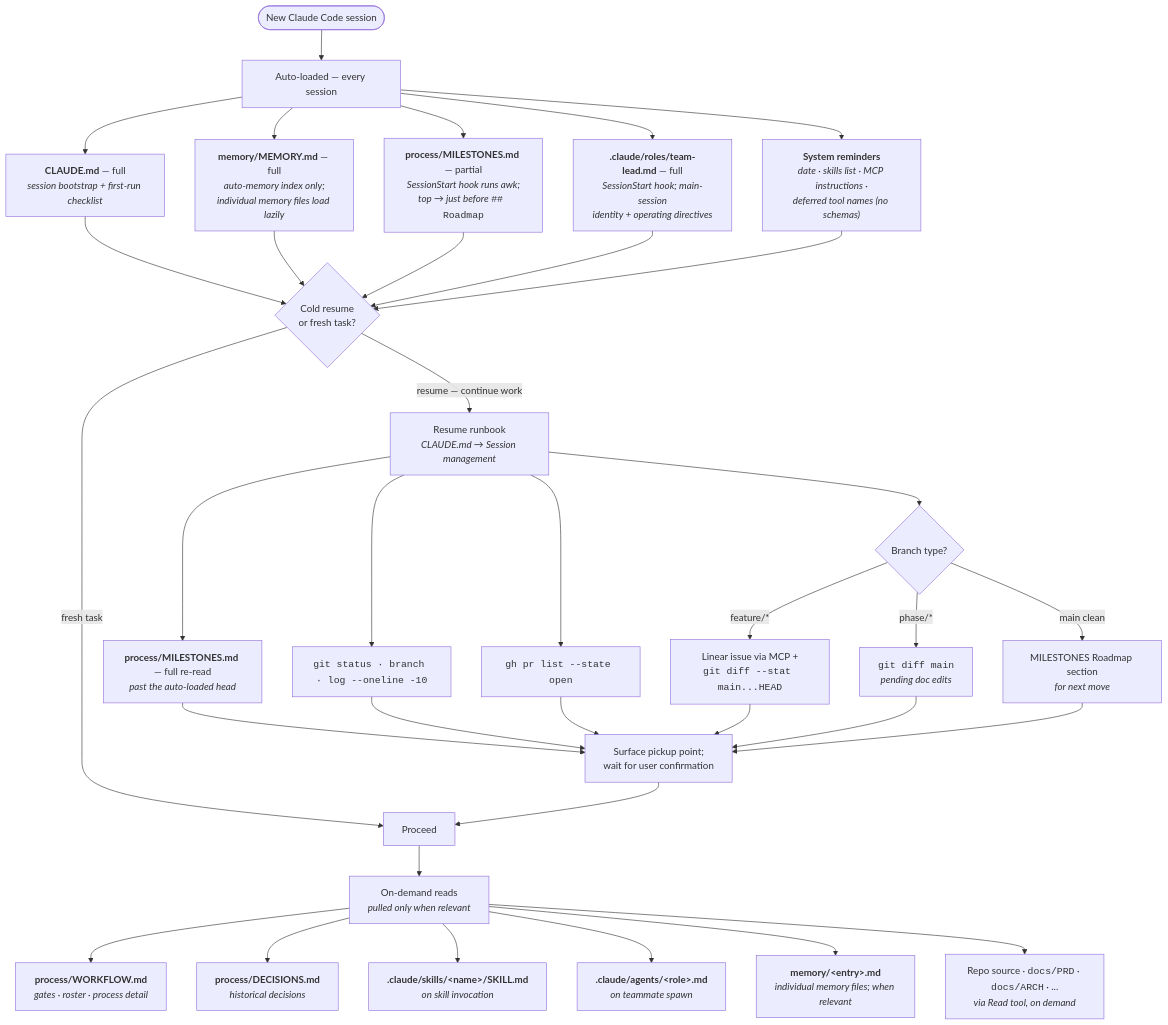
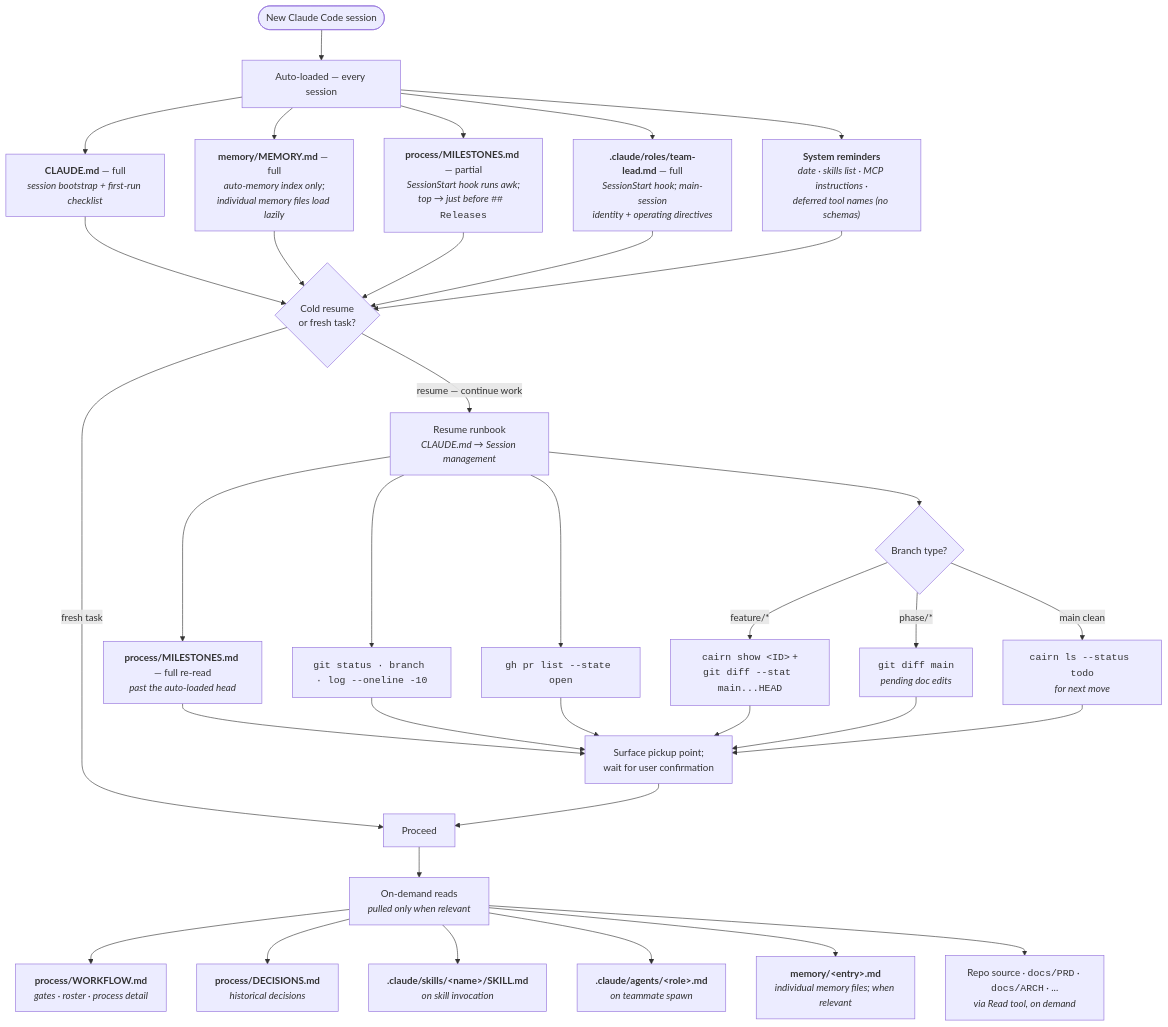
The second of 2 diagrams in README.md (richmosko/project_template), drawn with Mermaid before and after one commit. The commit also changed other lines of this file and 35 other files, not shown here.

First line of the commit message:
docs(meta): stage 3 — skills migration, Linear → cairn (#30)

````diff
--- a/README.md
+++ b/README.md
@@ -158,48 +157,48 @@
 ```mermaid
 flowchart TD
   S0([New Claude Code session])
 
   S0 --> A["Auto-loaded — every session"]
 
   A --> A1["<b>CLAUDE.md</b> — full<br/><i>session bootstrap + first-run checklist</i>"]
   A --> A2["<b>memory/MEMORY.md</b> — full<br/><i>auto-memory index only;<br/>individual memory files load lazily</i>"]
-  A --> A3["<b>process/MILESTONES.md</b> — partial<br/><i>SessionStart hook runs awk;<br/>top → just before</i> <code>## Roadmap</code>"]
+  A --> A3["<b>process/MILESTONES.md</b> — partial<br/><i>SessionStart hook runs awk;<br/>top → just before</i> <code>## Releases</code>"]
   A --> A4["<b>.claude/roles/team-lead.md</b> — full<br/><i>SessionStart hook; main-session<br/>identity + operating directives</i>"]
   A --> A5["<b>System reminders</b><br/><i>date · skills list · MCP instructions ·<br/>deferred tool names (no schemas)</i>"]
 
   A1 --> Q{"Cold resume<br/>or fresh task?"}
   A2 --> Q
   A3 --> Q
   A4 --> Q
   A5 --> Q
 
   Q -->|resume — continue work| RB["Resume runbook<br/><i>CLAUDE.md → Session management</i>"]
 
   RB --> R1["<b>process/MILESTONES.md</b> — full re-read<br/><i>past the auto-loaded head</i>"]
   RB --> R2["<code>git status · branch · log --oneline -10</code>"]
   RB --> R3["<code>gh pr list --state open</code>"]
   RB --> BR{"Branch type?"}
 
-  BR -->|feature/*| R5["Linear issue via MCP +<br/><code>git diff --stat main...HEAD</code>"]
+  BR -->|feature/*| R5["<code>cairn show &lt;ID&gt;</code> +<br/><code>git diff --stat main...HEAD</code>"]
   BR -->|phase/*| R6["<code>git diff main</code><br/><i>pending doc edits</i>"]
-  BR -->|main clean| R7["MILESTONES Roadmap section<br/><i>for next move</i>"]
+  BR -->|main clean| R7["<code>cairn ls --status todo</code><br/><i>for next move</i>"]
 
   R1 --> CONF["Surface pickup point;<br/>wait for user confirmation"]
   R2 --> CONF
   R3 --> CONF
   R5 --> CONF
   R6 --> CONF
   R7 --> CONF
 
   Q -->|fresh task| W["Proceed"]
   CONF --> W
 
   W --> LZ["On-demand reads<br/><i>pulled only when relevant</i>"]
 
   LZ --> L1["<b>process/WORKFLOW.md</b><br/><i>gates · roster · process detail</i>"]
   LZ --> L2["<b>process/DECISIONS.md</b><br/><i>historical decisions</i>"]
   LZ --> L3["<b>.claude/skills/&lt;name&gt;/SKILL.md</b><br/><i>on skill invocation</i>"]
   LZ --> L4["<b>.claude/agents/&lt;role&gt;.md</b><br/><i>on teammate spawn</i>"]
   LZ --> L5["<b>memory/&lt;entry&gt;.md</b><br/><i>individual memory files; when relevant</i>"]
   LZ --> L6["Repo source · <code>docs/PRD</code> · <code>docs/ARCH</code> · ...<br/><i>via Read tool, on demand</i>"]
 ```
````
